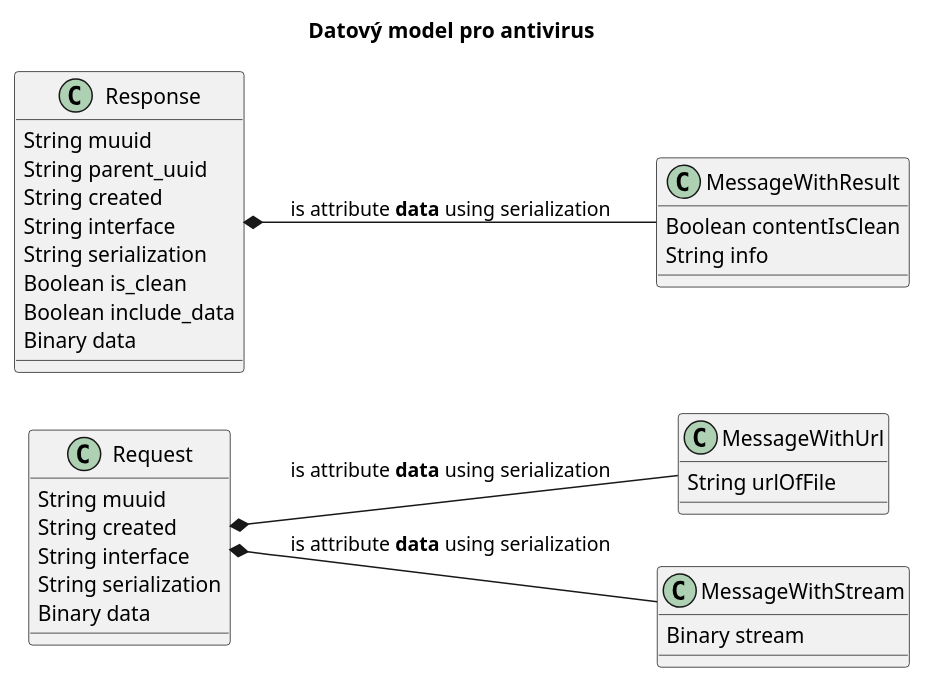
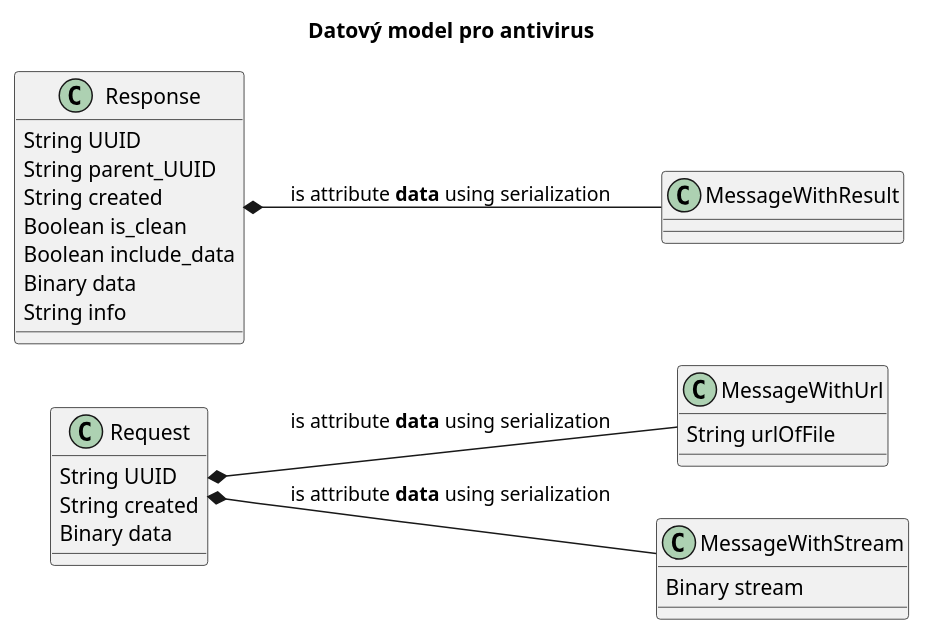
One commit to edeposit/edeposit changed the diagram in docs/middleware/dm01.plantuml. Above: the diagram before and after it, drawn with PlantUML. The commit also changed 11 other files, not shown here.

```diff
--- a/docs/middleware/dm01.plantuml
+++ b/docs/middleware/dm01.plantuml
@@ -1,43 +1,35 @@
 @startuml
 skinparam componentStyle uml2
 left to right direction
 title Datový model pro antivirus
 
 class Request {
-      String muuid
+      String UUID
       String created
-      String interface
-      String serialization
       Binary data
 }
 
 class MessageWithUrl {
       String urlOfFile
 }
 
 class MessageWithStream {
       Binary stream
 }
 
 class Response {
-      String muuid
-      String parent_uuid
+      String UUID
+      String parent_UUID
       String created
-      String interface
-      String serialization
       Boolean is_clean
       Boolean include_data
       Binary data
-}
-
-class MessageWithResult {
-      Boolean contentIsClean
       String info
 }
 
 Request *-- MessageWithUrl : is attribute <b>data</b> using serialization
 Request *-- MessageWithStream : is attribute <b>data</b> using serialization
 
 Response *-- MessageWithResult : is attribute <b>data</b> using serialization
 
 @enduml
```
